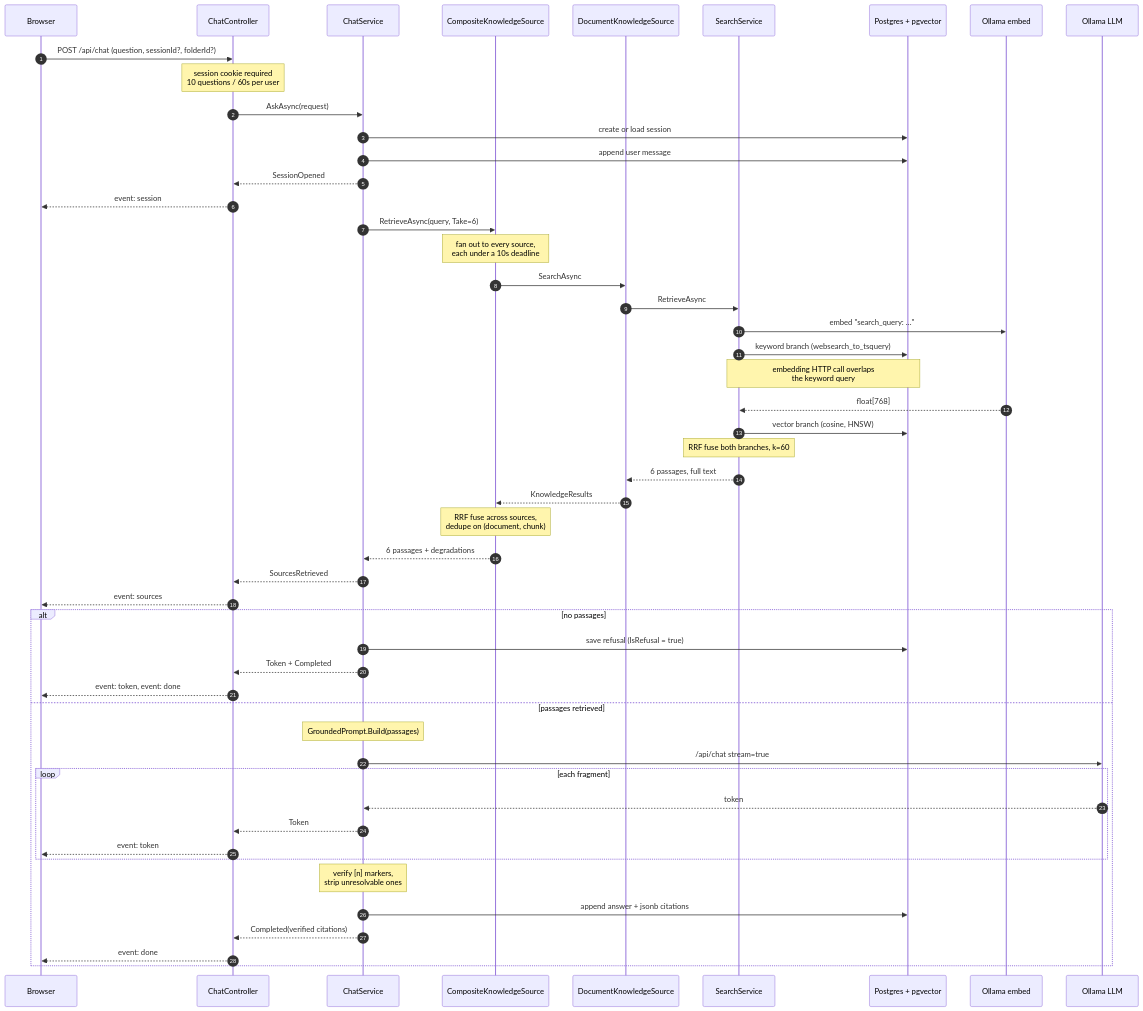
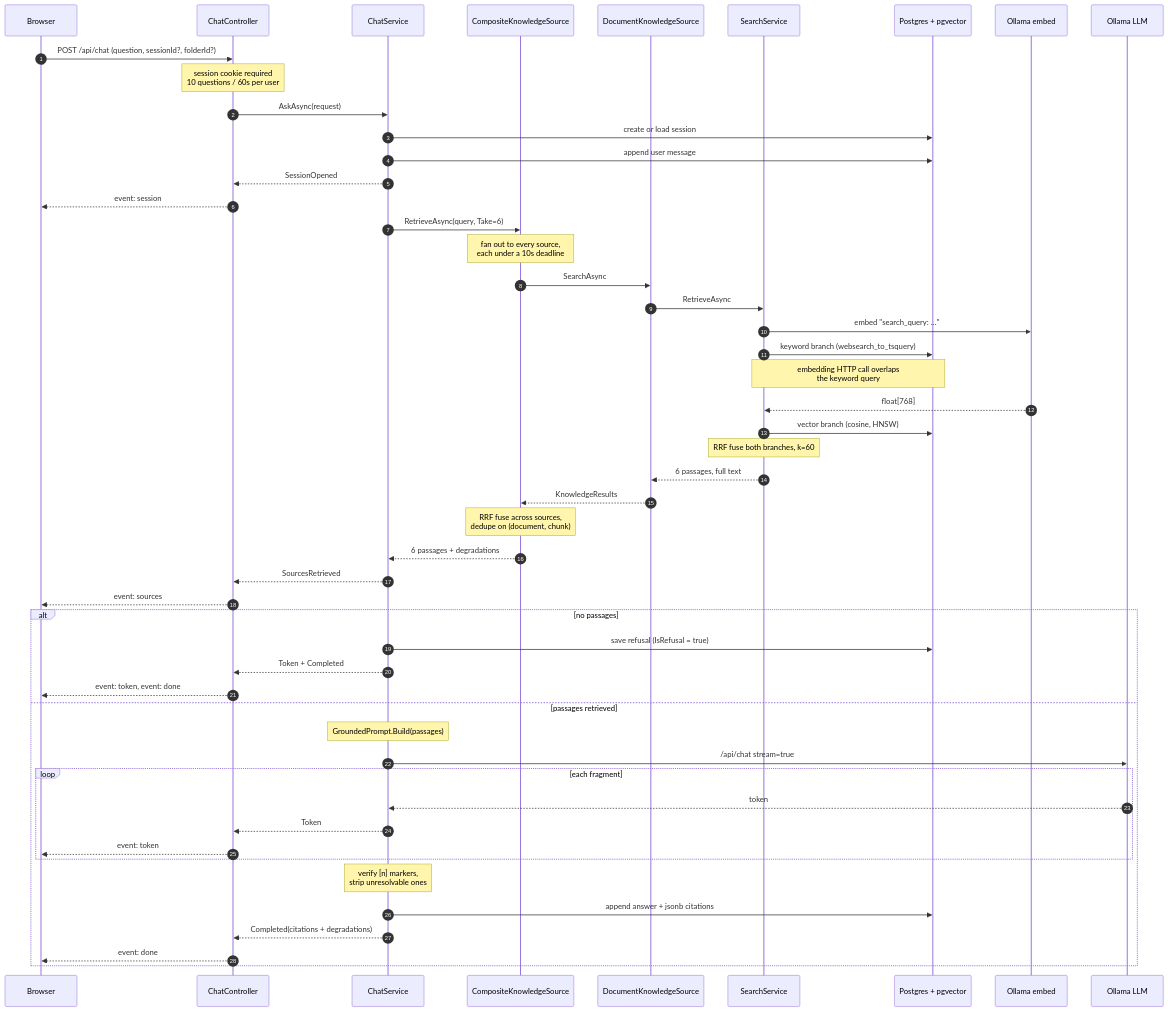
Before and after one commit to AnushxD/Knowledge-Hub: the first of 7 diagrams in chat-pipeline.md, drawn with Mermaid. The commit also changed other lines of this file and 3 other files, not shown here.

````diff
--- a/chat-pipeline.md
+++ b/chat-pipeline.md
@@ -39,59 +39,59 @@
 ```mermaid
 sequenceDiagram
     autonumber
     participant B as Browser
     participant C as ChatController
     participant S as ChatService
     participant K as CompositeKnowledgeSource
     participant D as DocumentKnowledgeSource
     participant R as SearchService
     participant PG as Postgres + pgvector
     participant E as Ollama embed
     participant L as Ollama LLM
 
     B->>C: POST /api/chat  (question, sessionId?, folderId?)
     Note over C: session cookie required<br/>10 questions / 60s per user
 
     C->>S: AskAsync(request)
     S->>PG: create or load session
     S->>PG: append user message
     S-->>C: SessionOpened
     C-->>B: event: session
 
     S->>K: RetrieveAsync(query, Take=6)
     Note over K: fan out to every source,<br/>each under a 10s deadline
     K->>D: SearchAsync
     D->>R: RetrieveAsync
 
     R->>E: embed "search_query: …"
     R->>PG: keyword branch (websearch_to_tsquery)
     Note over R,PG: embedding HTTP call overlaps<br/>the keyword query
     E-->>R: float[768]
     R->>PG: vector branch (cosine, HNSW)
     Note over R: RRF fuse both branches, k=60
     R-->>D: 6 passages, full text
     D-->>K: KnowledgeResults
     Note over K: RRF fuse across sources,<br/>dedupe on (document, chunk)
     K-->>S: 6 passages + degradations
 
     S-->>C: SourcesRetrieved
     C-->>B: event: sources
 
     alt no passages
         S->>PG: save refusal (IsRefusal = true)
         S-->>C: Token + Completed
         C-->>B: event: token, event: done
     else passages retrieved
         Note over S: GroundedPrompt.Build(passages)
         S->>L: /api/chat stream=true
         loop each fragment
             L-->>S: token
             S-->>C: Token
             C-->>B: event: token
         end
         Note over S: verify [n] markers,<br/>strip unresolvable ones
         S->>PG: append answer + jsonb citations
-        S-->>C: Completed(verified citations)
+        S-->>C: Completed(citations + degradations)
         C-->>B: event: done
     end
 ```
````
